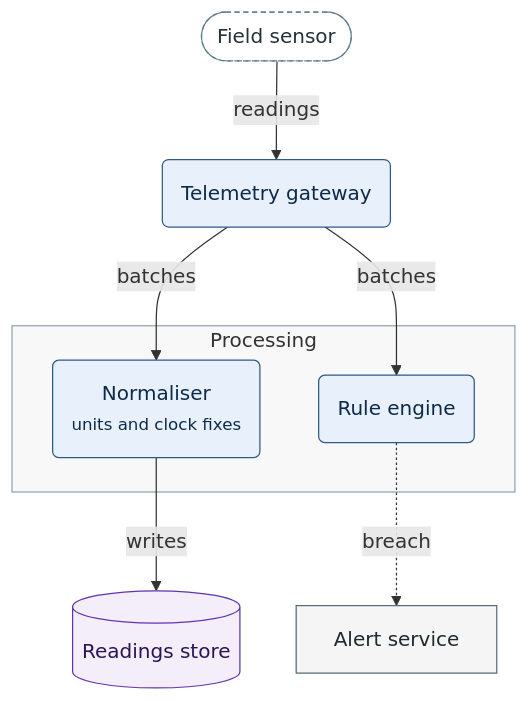
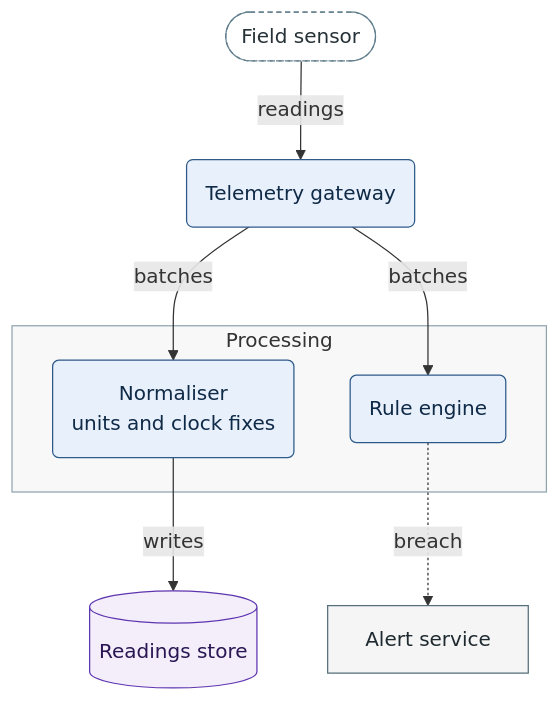
Before and after one commit to MatrixFounder/Agentic-development: diagram 12 of 15 in .agent/skills/mermaid-authoring-guidelines/references/renderer-facts.md, drawn with Mermaid. The commit also changed other lines of this file and 41 other files, not shown here.

````diff
--- a/.agent/skills/mermaid-authoring-guidelines/references/renderer-facts.md
+++ b/.agent/skills/mermaid-authoring-guidelines/references/renderer-facts.md
@@ -529,28 +534,28 @@
 ```mermaid
-%%{init: {"layout": "dagre", "look": "classic", "flowchart": {"nodeSpacing": 45, "rankSpacing": 55, "wrappingWidth": 400}}}%%
+%%{init: {"layout": "dagre", "look": "classic", "flowchart": {"nodeSpacing": 45, "rankSpacing": 55, "wrappingWidth": 400}, "themeCSS": "foreignObject { overflow: visible; }"}}%%
 flowchart TB
   accTitle: Telemetry pipeline
   accDescr: Five relations between six components, drawn with the palette.
   Probe(["Field sensor"])
   Gate("Telemetry gateway")
   subgraph Proc["Processing"]
-    Norm("Normaliser<br/><small>units and clock fixes</small>")
+    Norm("Normaliser<br/>units and clock fixes")
     Rule("Rule engine")
   end
   Store[("Readings store")]
   Alert["Alert service"]
   Probe -->|"readings"| Gate
   Gate -->|"batches"| Norm
   Gate -->|"batches"| Rule
   Norm -->|"writes"| Store
   Rule -.->|"breach"| Alert
   classDef ext fill:#FFFFFF,stroke:#607D8B,color:#263238,stroke-dasharray:4 3
   classDef wf fill:#E8F0FB,stroke:#2E5A8A,color:#0F2A47
   classDef db fill:#F3EEF9,stroke:#5E35B1,color:#2A1653
   classDef svc fill:#F5F5F5,stroke:#546E7A,color:#1F2A30
   class Probe ext
   class Gate,Norm,Rule wf
   class Store db
   class Alert svc
   style Proc fill:#7F7F7F0D,stroke:#90A4AE
 ```
````
